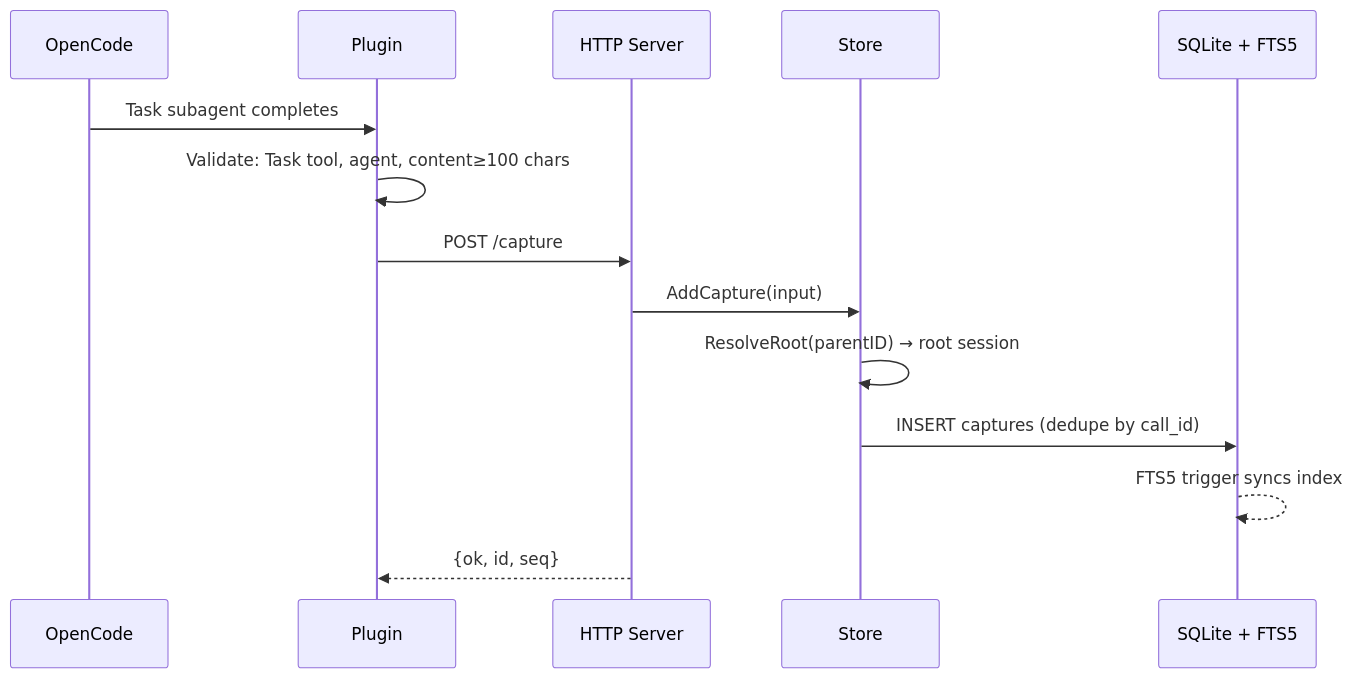
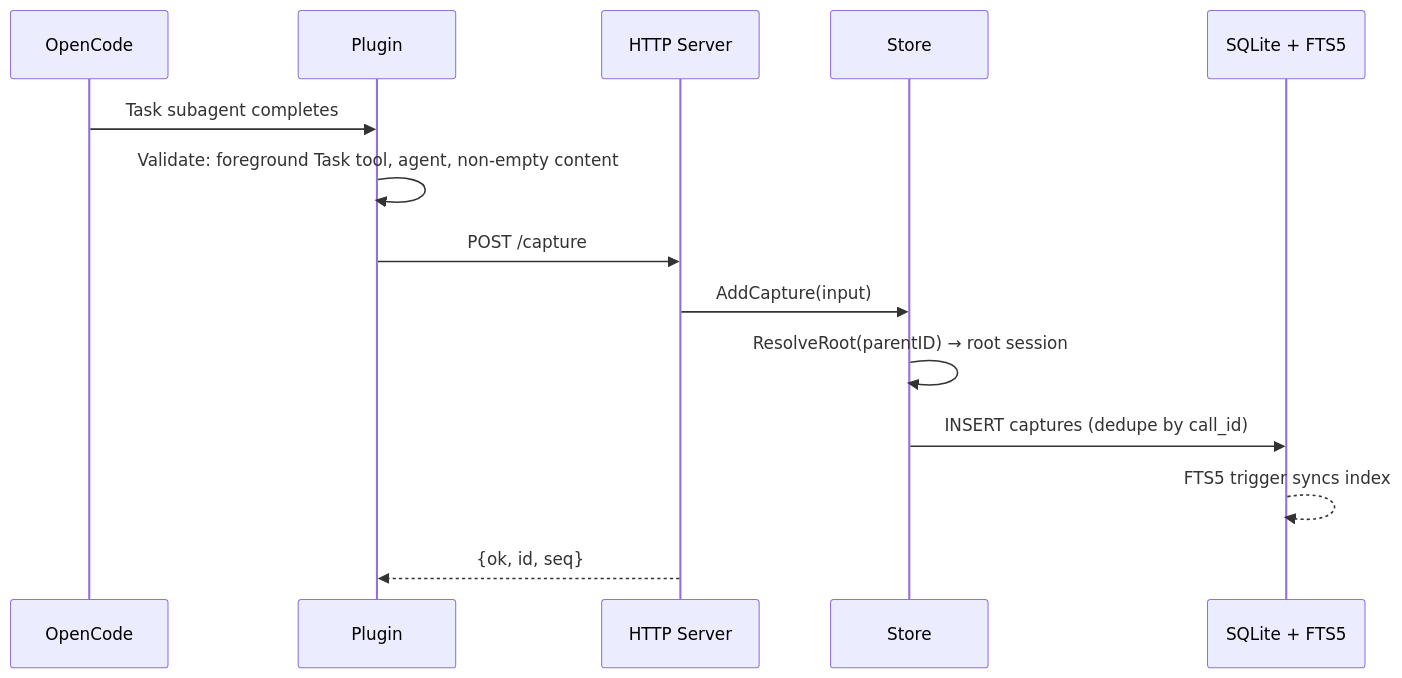
One commit to Andres77872/context-bridge changed the first of 5 diagrams in README.md. Above: the diagram before and after it, drawn with Mermaid. The commit also changed other lines of this file and 44 other files, not shown here.

````diff
--- a/README.md
+++ b/README.md
@@ -21,17 +21,17 @@
 ```mermaid
 sequenceDiagram
     participant OC as OpenCode
     participant P as Plugin
     participant SRV as HTTP Server
     participant S as Store
     participant DB as SQLite + FTS5
     
     OC->>P: Task subagent completes
-    P->>P: Validate: Task tool, agent, content≥100 chars
+    P->>P: Validate: foreground Task tool, agent, non-empty content
     P->>SRV: POST /capture
     SRV->>S: AddCapture(input)
     S->>S: ResolveRoot(parentID) → root session
     S->>DB: INSERT captures (dedupe by call_id)
     DB-->>DB: FTS5 trigger syncs index
     SRV-->>P: {ok, id, seq}
 ```
````
